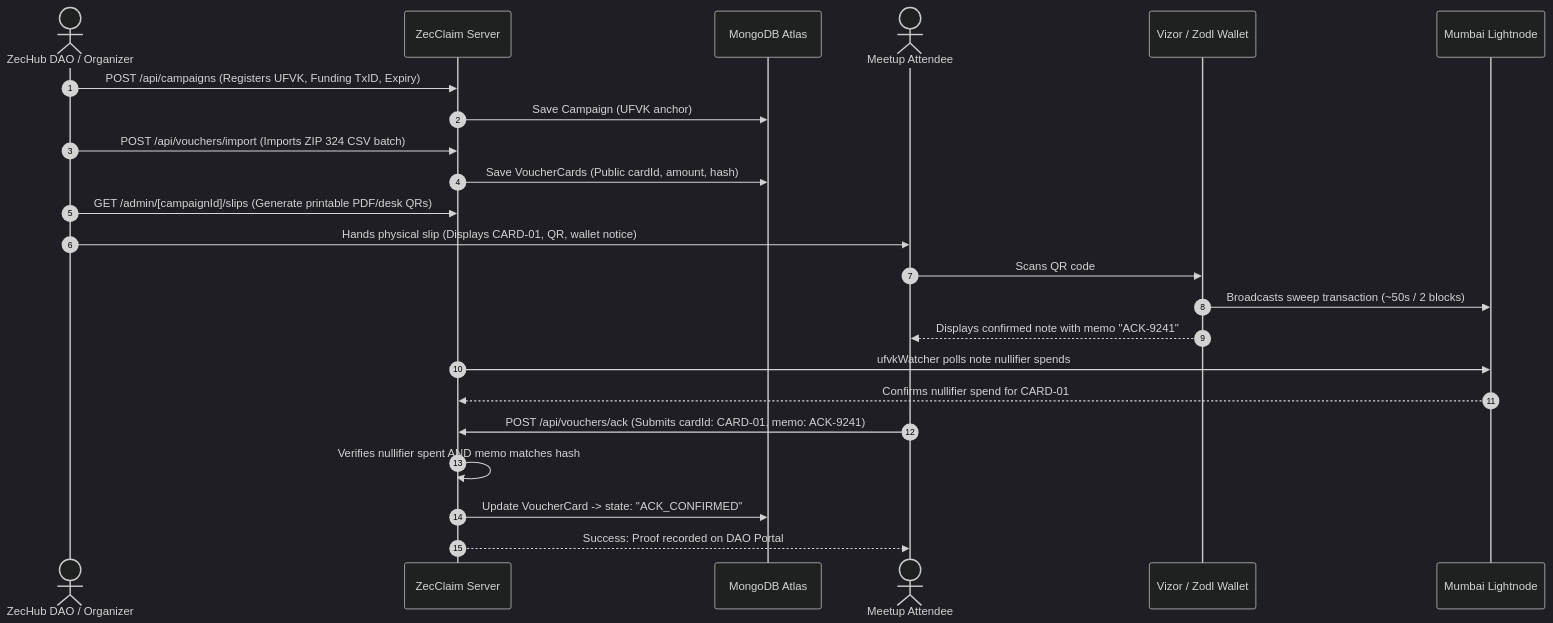
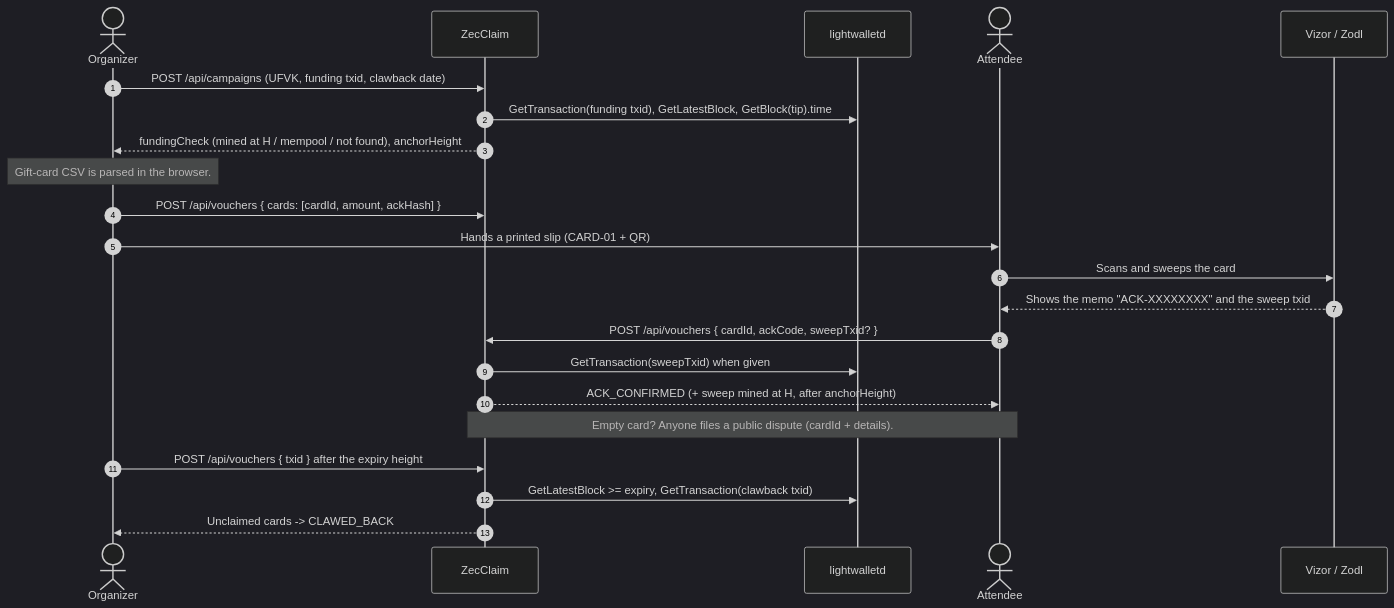
The second of 3 diagrams in docs/ARCHITECTURE.md (tushar598/ZecClaim), drawn with Mermaid (dark theme) before and after one commit. The commit also changed other lines of this file and 156 other files, not shown here.

````diff
--- a/docs/ARCHITECTURE.md
+++ b/docs/ARCHITECTURE.md
@@ -54,26 +53,25 @@
 ```mermaid
 sequenceDiagram
     autonumber
-    actor DAO as ZecHub DAO / Organizer
-    participant Portal as ZecClaim Server
-    participant DB as MongoDB Atlas
-    actor User as Meetup Attendee
-    participant Wallet as Vizor / Zodl Wallet
-    participant Lightnode as Mumbai Lightnode
+    actor Org as Organizer
+    participant Portal as ZecClaim
+    participant Node as lightwalletd
+    actor User as Attendee
+    participant Wallet as Vizor / Zodl
 
-    DAO->>Portal: POST /api/campaigns (Registers UFVK, Funding TxID, Expiry)
-    Portal->>DB: Save Campaign (UFVK anchor)
-    DAO->>Portal: POST /api/vouchers/import (Imports ZIP 324 CSV batch)
-    Portal->>DB: Save VoucherCards (Public cardId, amount, hash)
-    DAO->>Portal: GET /admin/[campaignId]/slips (Generate printable PDF/desk QRs)
-    DAO->>User: Hands physical slip (Displays CARD-01, QR, wallet notice)
-    User->>Wallet: Scans QR code
-    Wallet->>Lightnode: Broadcasts sweep transaction (~50s / 2 blocks)
-    Wallet-->>User: Displays confirmed note with memo "ACK-9241"
-    Portal->>Lightnode: ufvkWatcher polls note nullifier spends
-    Lightnode-->>Portal: Confirms nullifier spend for CARD-01
-    User->>Portal: POST /api/vouchers/ack (Submits cardId: CARD-01, memo: ACK-9241)
-    Portal->>Portal: Verifies nullifier spent AND memo matches hash
-    Portal->>DB: Update VoucherCard -> state: "ACK_CONFIRMED"
-    Portal-->>User: Success: Proof recorded on DAO Portal
+    Org->>Portal: POST /api/campaigns (UFVK, funding txid, clawback date)
+    Portal->>Node: GetTransaction(funding txid), GetLatestBlock, GetBlock(tip).time
+    Portal-->>Org: fundingCheck (mined at H / mempool / not found), anchorHeight
+    Note over Org: Gift-card CSV is parsed in the browser. #key= links stay there.
+    Org->>Portal: POST /api/vouchers { cards: [cardId, amount, ackHash] }
+    Org->>User: Hands a printed slip (CARD-01 + QR)
+    User->>Wallet: Scans and sweeps the card
+    Wallet-->>User: Shows the memo "ACK-XXXXXXXX" and the sweep txid
+    User->>Portal: POST /api/vouchers { cardId, ackCode, sweepTxid? }
+    Portal->>Node: GetTransaction(sweepTxid) when given
+    Portal-->>User: ACK_CONFIRMED (+ sweep mined at H, after anchorHeight)
+    Note over User,Portal: Empty card? Anyone files a public dispute (cardId + details).
+    Org->>Portal: POST /api/vouchers { txid } after the expiry height
+    Portal->>Node: GetLatestBlock >= expiry, GetTransaction(clawback txid)
+    Portal-->>Org: Unclaimed cards -> CLAWED_BACK
 ```
````
